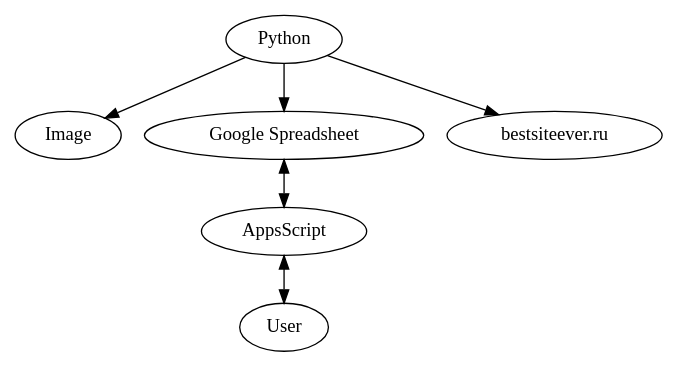
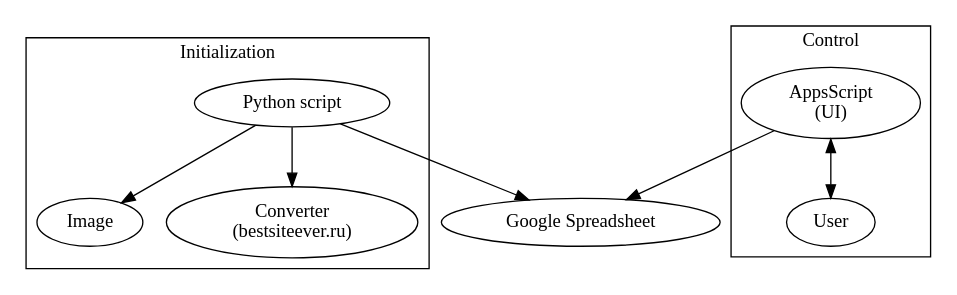
The diagram in Documents/Software_architecture_diagram.dot (leo-chartier/2023-2024-project-1-rubiks-art-Team-2), drawn with Graphviz before and after one commit. The commit also changed 3 other files, not shown here.

```diff
--- a/Documents/Software_architecture_diagram.dot
+++ b/Documents/Software_architecture_diagram.dot
@@ -1,7 +1,24 @@
 digraph architecture {
-    "Python" -> "Image"
-    "Python" -> "Google Spreadsheet"
-    "Google Spreadsheet" -> "AppsScript" [dir=both]
-    "AppsScript" -> "User" [dir=both]
-    "Python" -> "bestsiteever.ru"
+    splines=line
+
+    GS [label="Google Spreadsheet"]
+
+    subgraph cluster_init {
+        label="Initialization"
+        P [label="Python script"]
+        I [label="Image"]
+        C [label="Converter\n(bestsiteever.ru)"]
+    }
+
+    subgraph cluster_control {
+        label="Control"
+        AS [label="AppsScript\n(UI)"]
+        U [label="User"]
+    }
+
+    P -> I
+    P -> GS
+    AS -> GS
+    AS -> U [dir=both]
+    P -> C
 }
```
